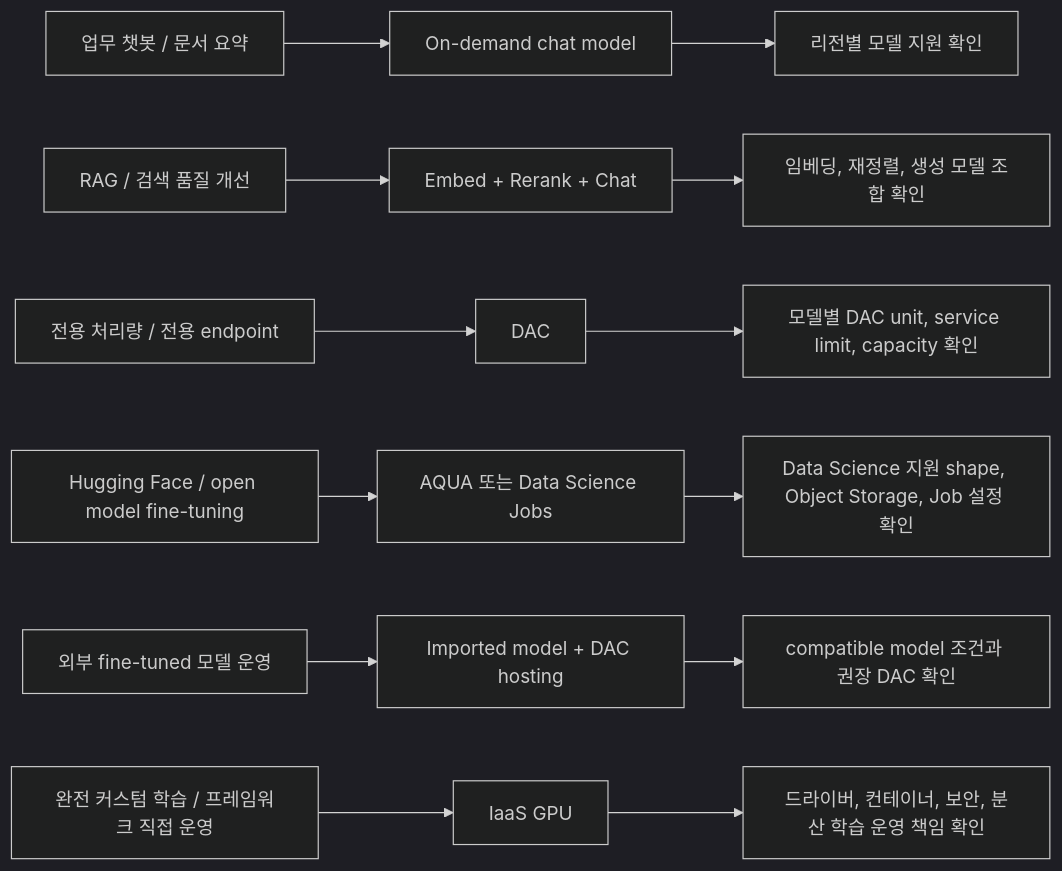
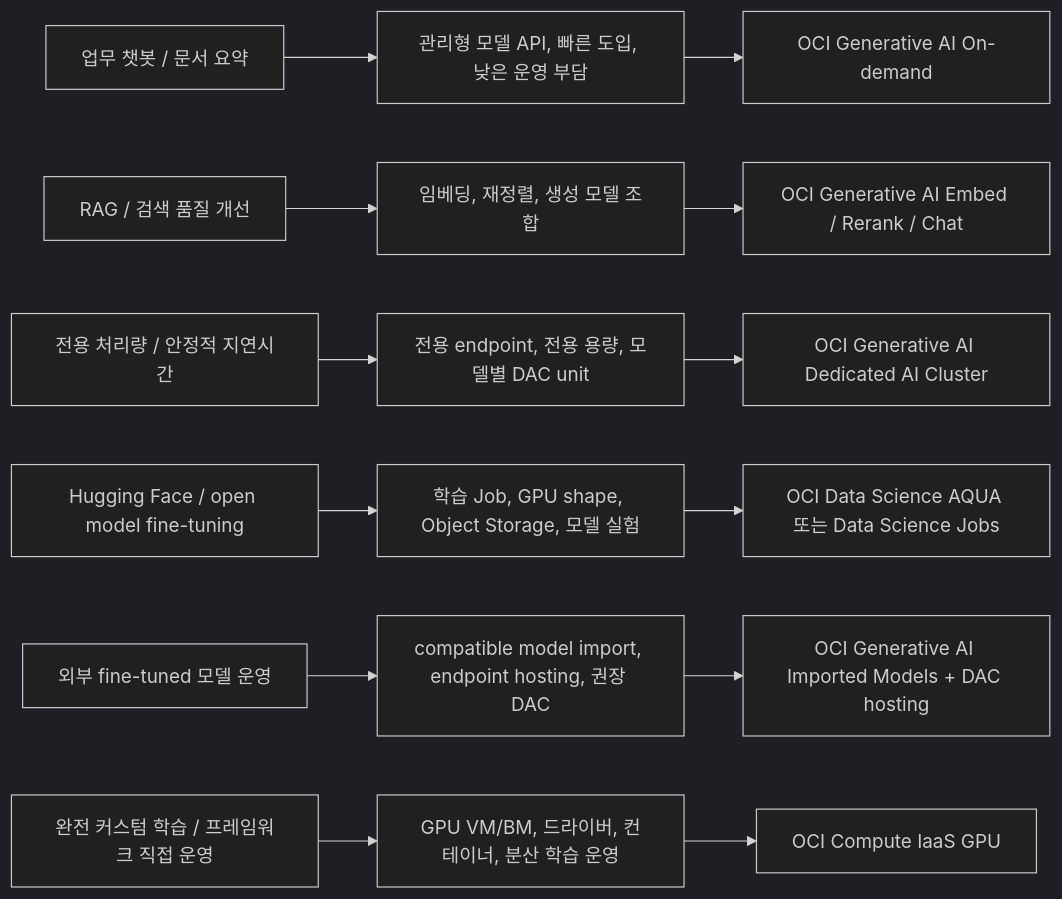
One commit to dontotl/oci-genai-guide-maintenance changed the second of 2 diagrams in docs/LATEST.md. Above: the diagram before and after it, drawn with Mermaid (dark theme). The commit also changed other lines of this file and 2 other files, not shown here.

Commit message:
Refine customer architecture diagrams

````diff
--- a/docs/LATEST.md
+++ b/docs/LATEST.md
@@ -31,16 +31,16 @@
 ```mermaid
 flowchart LR
-  W1["업무 챗봇 / 문서 요약"] --> A1["On-demand chat model"]
-  W2["RAG / 검색 품질 개선"] --> A2["Embed + Rerank + Chat"]
-  W3["전용 처리량 / 전용 endpoint"] --> A3["DAC"]
-  W4["Hugging Face / open model fine-tuning"] --> A4["AQUA 또는 Data Science Jobs"]
-  W5["외부 fine-tuned 모델 운영"] --> A5["Imported model + DAC hosting"]
-  W6["완전 커스텀 학습 / 프레임워크 직접 운영"] --> A6["IaaS GPU"]
+  W1["업무 챗봇 / 문서 요약"] --> R1["관리형 모델 API, 빠른 도입, 낮은 운영 부담"]
+  W2["RAG / 검색 품질 개선"] --> R2["임베딩, 재정렬, 생성 모델 조합"]
+  W3["전용 처리량 / 안정적 지연시간"] --> R3["전용 endpoint, 전용 용량, 모델별 DAC unit"]
+  W4["Hugging Face / open model fine-tuning"] --> R4["학습 Job, GPU shape, Object Storage, 모델 실험"]
+  W5["외부 fine-tuned 모델 운영"] --> R5["compatible model import, endpoint hosting, 권장 DAC"]
+  W6["완전 커스텀 학습 / 프레임워크 직접 운영"] --> R6["GPU VM/BM, 드라이버, 컨테이너, 분산 학습 운영"]
 
-  A1 --> C1["리전별 모델 지원 확인"]
-  A2 --> C2["임베딩, 재정렬, 생성 모델 조합 확인"]
-  A3 --> C3["모델별 DAC unit, service limit, capacity 확인"]
-  A4 --> C4["Data Science 지원 shape, Object Storage, Job 설정 확인"]
-  A5 --> C5["compatible model 조건과 권장 DAC 확인"]
-  A6 --> C6["드라이버, 컨테이너, 보안, 분산 학습 운영 책임 확인"]
+  R1 --> S1["OCI Generative AI On-demand"]
+  R2 --> S2["OCI Generative AI Embed / Rerank / Chat"]
+  R3 --> S3["OCI Generative AI Dedicated AI Cluster"]
+  R4 --> S4["OCI Data Science AQUA 또는 Data Science Jobs"]
+  R5 --> S5["OCI Generative AI Imported Models + DAC hosting"]
+  R6 --> S6["OCI Compute IaaS GPU"]
 ```
````
